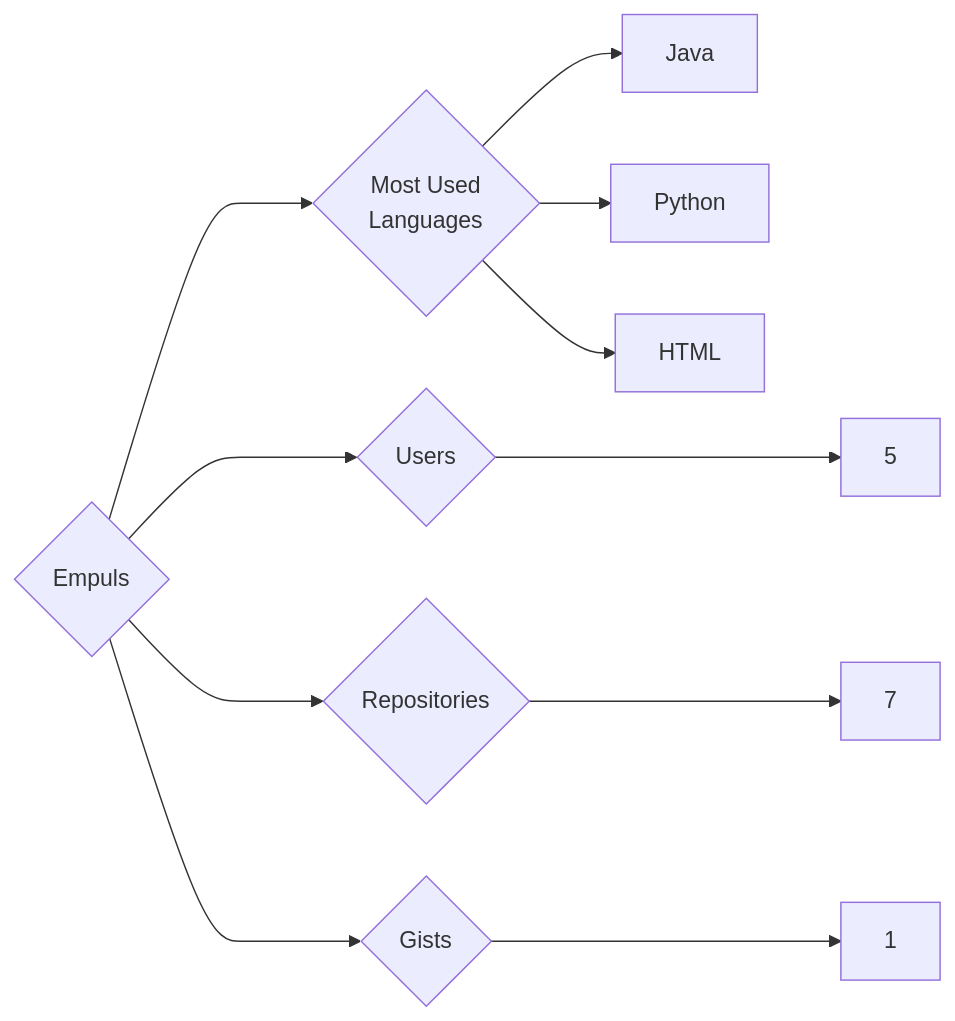
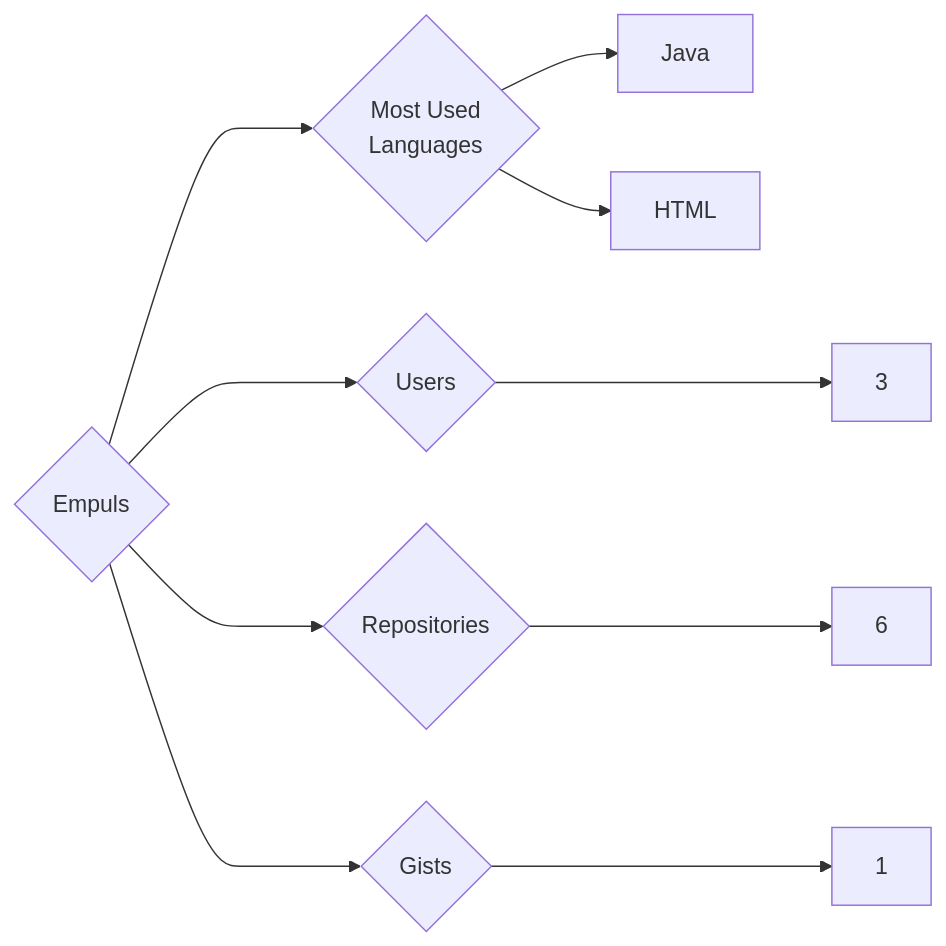
Before and after one commit to trickest/insiders: the diagram in targets/Empuls/README.md, drawn with Mermaid. The commit also changed 997 other files, not shown here.

````diff
--- a/targets/Empuls/README.md
+++ b/targets/Empuls/README.md
@@ -3,11 +3,10 @@
 ```mermaid
 graph LR
 COMPANY_NAME{Empuls}
-COMPANY_NAME ---> U{Users} ---> UN[5]
-COMPANY_NAME ---> R{Repositories} ---> RN[7]
+COMPANY_NAME ---> U{Users} ---> UN[3]
+COMPANY_NAME ---> R{Repositories} ---> RN[6]
 COMPANY_NAME ---> G{Gists} ---> GN[1]
 COMPANY_NAME ---> ML{Most Used<br>Languages}
 ML --> Java[Java]
-ML --> Python[Python]
 ML --> HTML[HTML]
 ```
````
